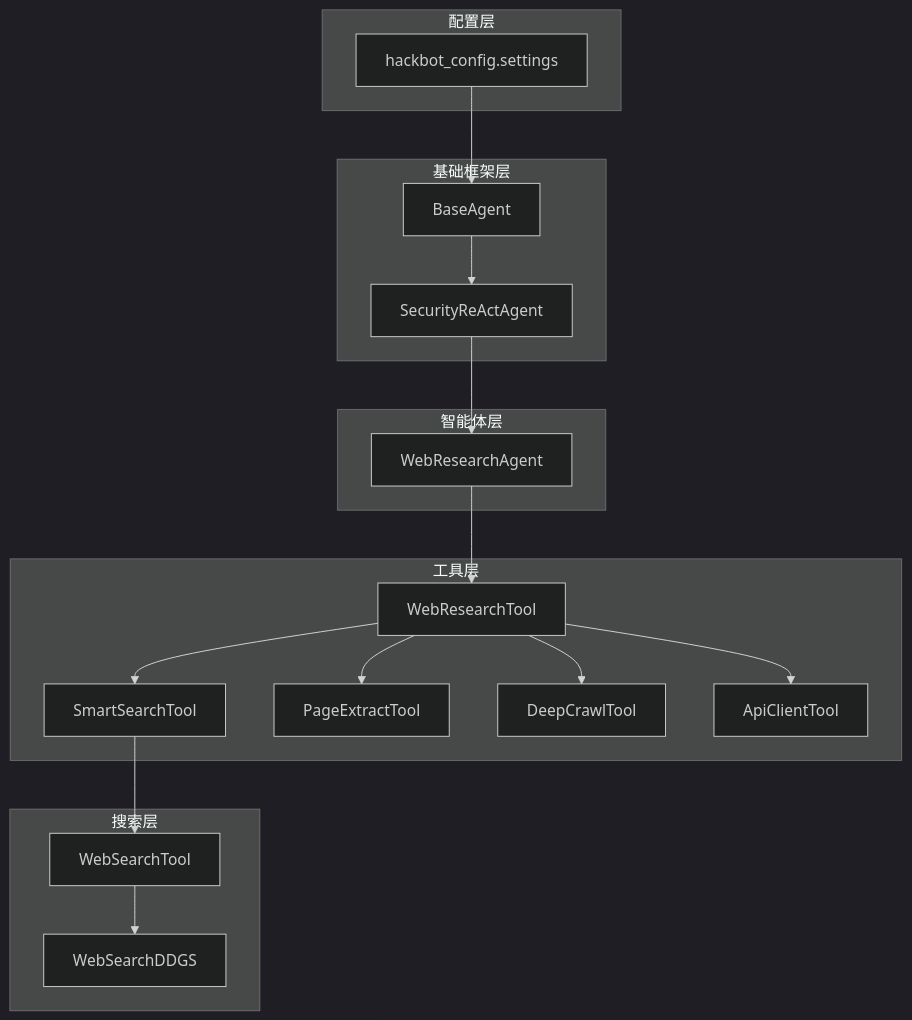
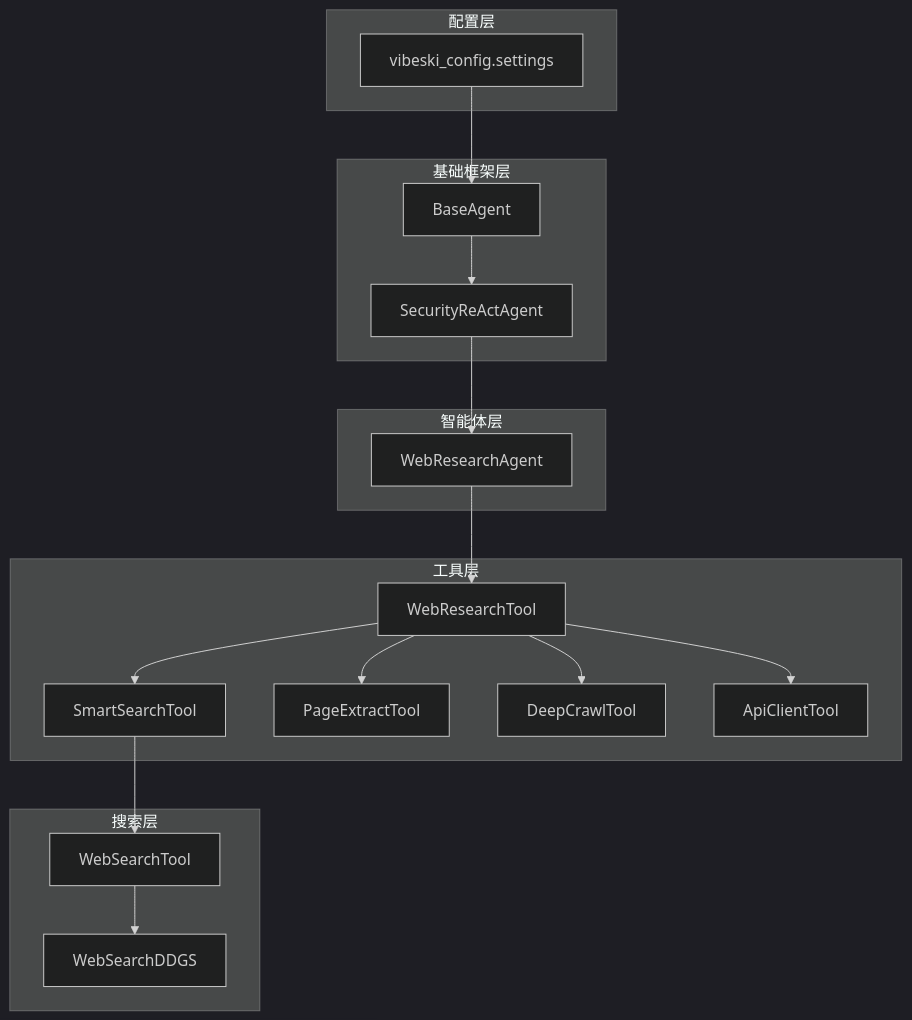
Before and after one commit to crabin/VIBESKI: diagram 11 of 12 in .qoder/repowiki/zh/content/项目概述/核心功能特性/多智能体协作系统/Web研究智能体.md, drawn with Mermaid (dark theme). The commit also changed other lines of this file and 170 other files, not shown here.

Commit message:
chore: rename all secbot/hackbot identifiers to vibeski

````diff
--- a/.qoder/repowiki/zh/content/项目概述/核心功能特性/多智能体协作系统/Web研究智能体.md
+++ b/.qoder/repowiki/zh/content/项目概述/核心功能特性/多智能体协作系统/Web研究智能体.md
@@ -495,34 +495,34 @@
 ```mermaid
 graph TB
 subgraph "配置层"
-HC[hackbot_config.settings]
+HC[vibeski_config.settings]
 end
 subgraph "基础框架层"
 BA[BaseAgent]
 SRA[SecurityReActAgent]
 end
 subgraph "智能体层"
 WRA[WebResearchAgent]
 end
 subgraph "工具层"
 WRT[WebResearchTool]
 SST[SmartSearchTool]
 PXT[PageExtractTool]
 DCT[DeepCrawlTool]
 ACT[ApiClientTool]
 end
 subgraph "搜索层"
 WST[WebSearchTool]
 WSD[WebSearchDDGS]
 end
 HC --> BA
 BA --> SRA
 SRA --> WRA
 WRA --> WRT
 WRT --> SST
 WRT --> PXT
 WRT --> DCT
 WRT --> ACT
 SST --> WST
 WST --> WSD
 ```
````
